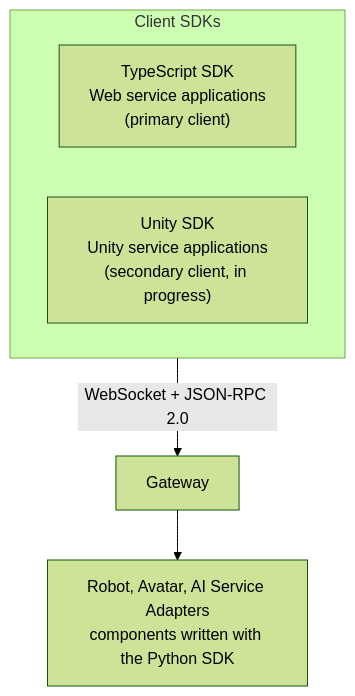
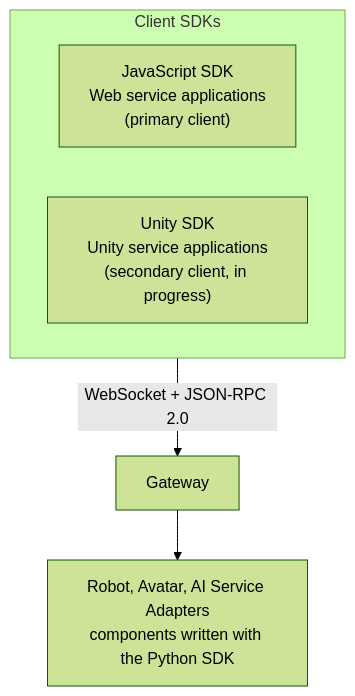
The eighth of 18 diagrams in docs/white-paper.md (openrois/openrois), drawn with Mermaid (forest theme) before and after one commit. The commit also changed other lines of this file and 53 other files, not shown here.

First line of the commit message:
refactor(sdk-javascript): name the client SDK after JavaScript

````diff
--- a/docs/white-paper.md
+++ b/docs/white-paper.md
@@ -704,11 +704,11 @@
 ```mermaid
 flowchart TB
     subgraph SDKs["Client SDKs"]
         direction LR
-        TS["TypeScript SDK<br/>Web service applications<br/>(primary client)"]
+        TS["JavaScript SDK<br/>Web service applications<br/>(primary client)"]
         Unity["Unity SDK<br/>Unity service applications<br/>(secondary client, in progress)"]
     end
 
     SDKs -->|"WebSocket + JSON-RPC 2.0"| Gateway["Gateway"]
     Gateway --> Adapters["Robot, Avatar, AI Service Adapters<br/>components written with the Python SDK"]
 ```
````
